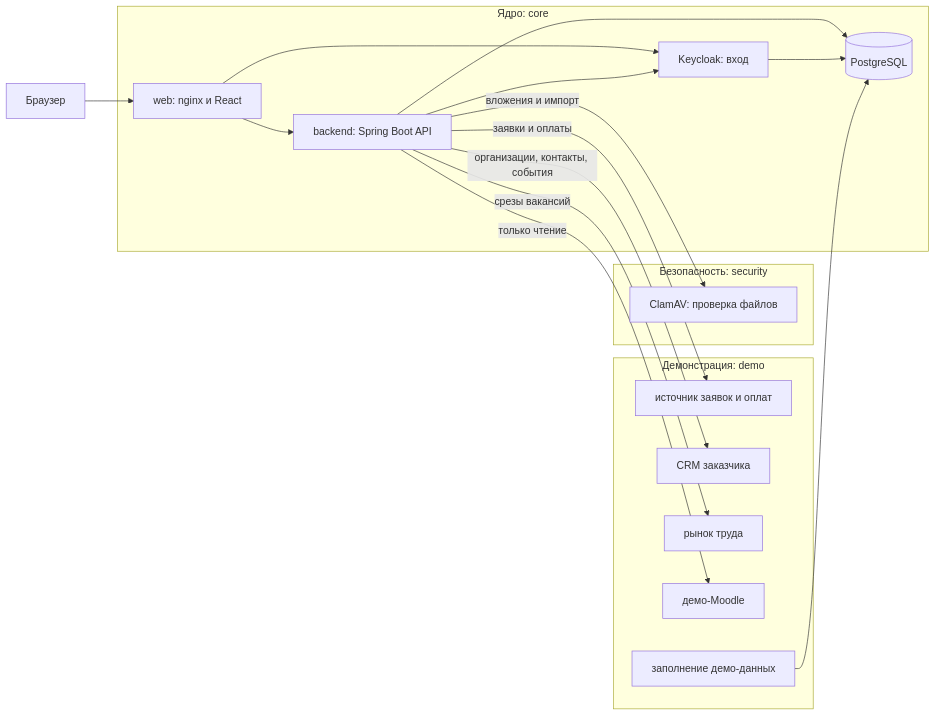
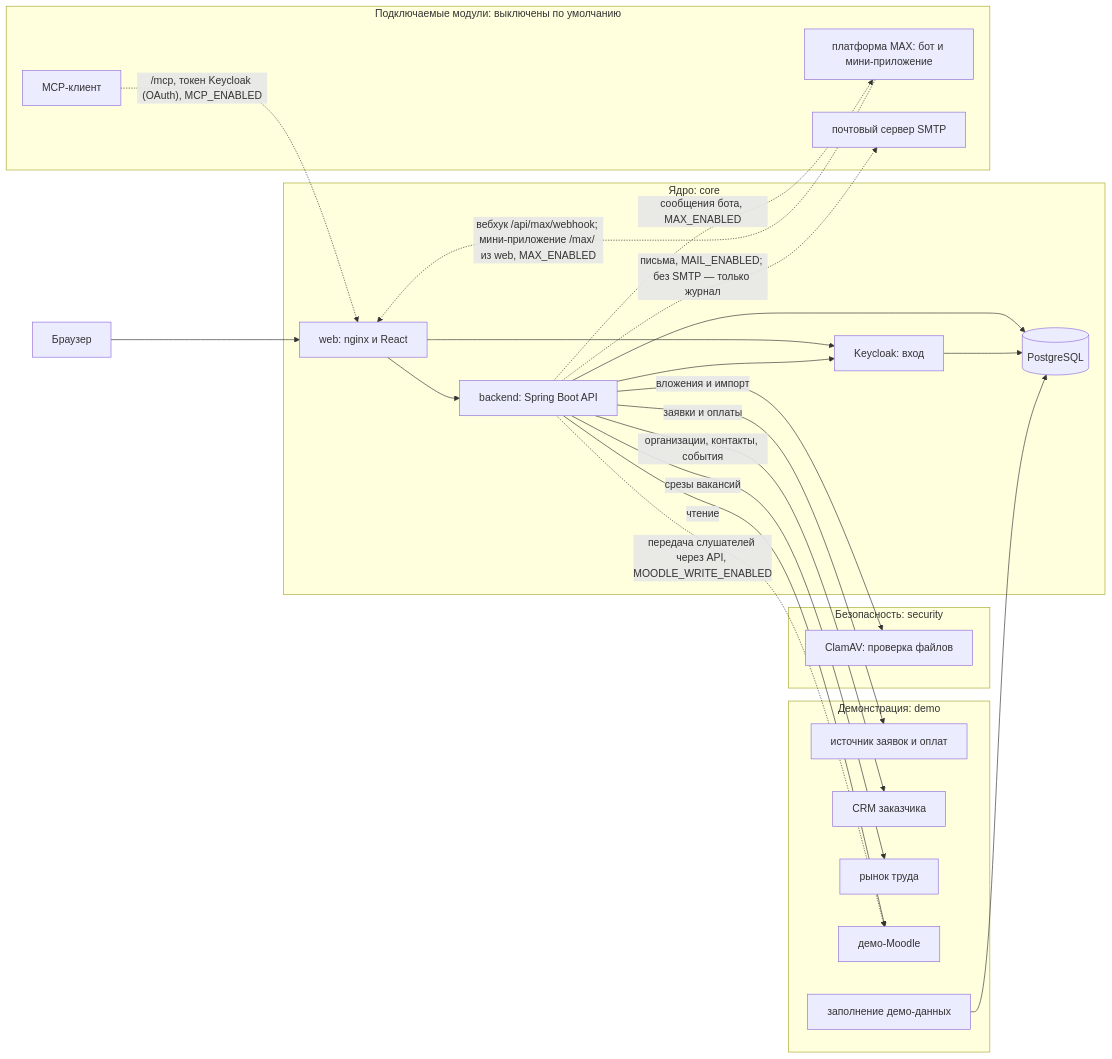
Before and after one commit to avrv1987/rtk-crm: the diagram in docs/public/Архитектура.md, drawn with Mermaid. The commit also changed other lines of this file and 392 other files, not shown here.

````diff
--- a/docs/public/Архитектура.md
+++ b/docs/public/Архитектура.md
@@ -54,31 +61,41 @@
 ```mermaid
 flowchart LR
     browser["Браузер"] --> web
     subgraph core ["Ядро: core"]
         web["web: nginx и React"]
         backend["backend: Spring Boot API"]
         postgres[("PostgreSQL")]
         keycloak["Keycloak: вход"]
     end
     subgraph security ["Безопасность: security"]
         clamav["ClamAV: проверка файлов"]
     end
     subgraph demo ["Демонстрация: demo"]
         fixture["источник заявок и оплат"]
         crmstub["CRM заказчика"]
         labor["рынок труда"]
         moodle["демо-Moodle"]
         bootstrap["заполнение демо-данных"]
     end
+    subgraph plug ["Подключаемые модули: выключены по умолчанию"]
+        mcpclient["MCP-клиент"]
+        maxp["платформа MAX: бот и мини-приложение"]
+        smtp["почтовый сервер SMTP"]
+    end
     web --> backend
     web --> keycloak
     backend --> postgres
     backend --> keycloak
     keycloak --> postgres
     backend -->|"вложения и импорт"| clamav
     backend -->|"заявки и оплаты"| fixture
     backend -->|"организации, контакты, события"| crmstub
     backend -->|"срезы вакансий"| labor
-    backend -->|"только чтение"| moodle
+    backend -->|"чтение"| moodle
+    backend -.->|"передача слушателей через API, MOODLE_WRITE_ENABLED"| moodle
     bootstrap --> postgres
+    mcpclient -.->|"/mcp, токен Keycloak (OAuth), MCP_ENABLED"| web
+    maxp -.->|"вебхук /api/max/webhook; мини-приложение /max/ из web, MAX_ENABLED"| web
+    backend -.->|"сообщения бота, MAX_ENABLED"| maxp
+    backend -.->|"письма, MAIL_ENABLED; без SMTP — только журнал"| smtp
 ```
````
